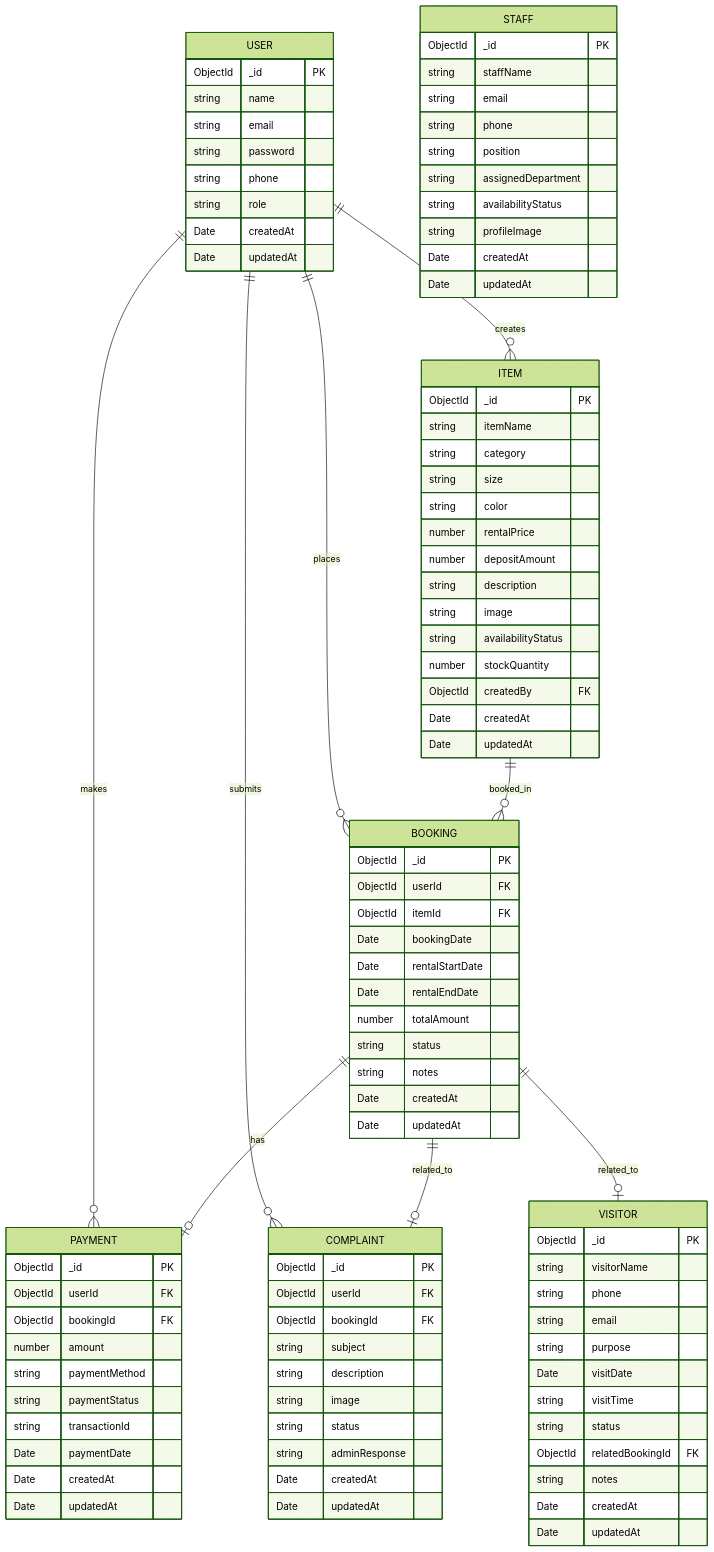
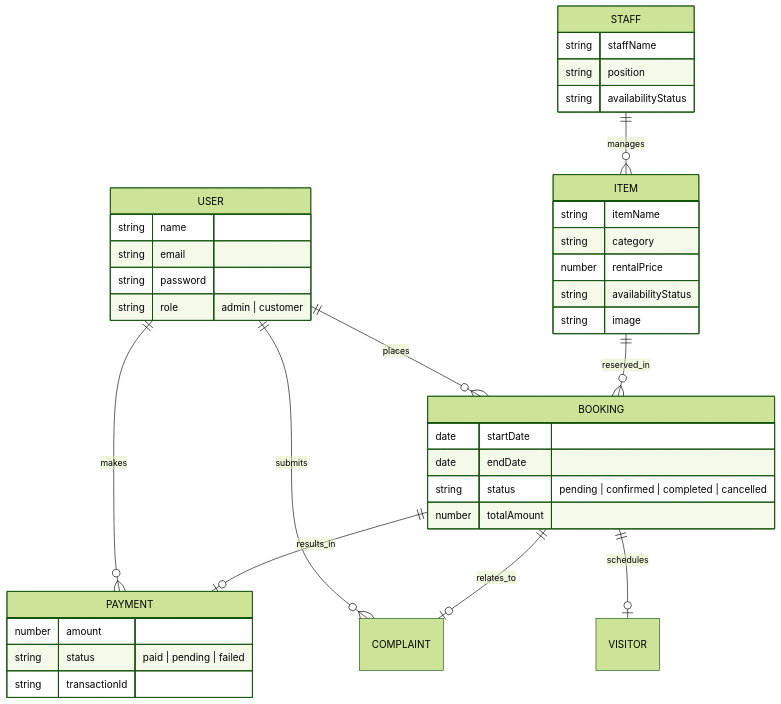
One commit to HirulaAbesignha/Favo-Mobile changed the second of 2 diagrams in DOCUMENTATION.md. Above: the diagram before and after it, drawn with Mermaid (forest theme). The commit also changed other lines of this file, not shown here.

Commit message:
docs: refactor and update system architecture and database schema documentation

````diff
--- a/DOCUMENTATION.md
+++ b/DOCUMENTATION.md
@@ -41,107 +70,41 @@
 ```mermaid
 erDiagram
-    USER ||--o{ ITEM : creates
     USER ||--o{ BOOKING : places
+    USER ||--o{ COMPLAINT : submits
     USER ||--o{ PAYMENT : makes
-    USER ||--o{ COMPLAINT : submits
-    ITEM ||--o{ BOOKING : booked_in
-    BOOKING ||--o| PAYMENT : has
-    BOOKING ||--o| COMPLAINT : related_to
-    BOOKING ||--o| VISITOR : related_to
+    ITEM ||--o{ BOOKING : reserved_in
+    BOOKING ||--o| PAYMENT : results_in
+    BOOKING ||--o| COMPLAINT : relates_to
+    BOOKING ||--o| VISITOR : schedules
+    STAFF ||--o{ ITEM : manages
 
     USER {
-        ObjectId _id PK
         string name
         string email
         string password
-        string phone
-        string role
-        Date createdAt
-        Date updatedAt
+        string role "admin | customer"
     }
-
     ITEM {
-        ObjectId _id PK
         string itemName
         string category
-        string size
-        string color
         number rentalPrice
-        number depositAmount
-        string description
+        string availabilityStatus
         string image
+    }
+    BOOKING {
+        date startDate
+        date endDate
+        string status "pending | confirmed | completed | cancelled"
+        number totalAmount
+    }
+    STAFF {
+        string staffName
+        string position
         string availabilityStatus
-        number stockQuantity
-        ObjectId createdBy FK
-        Date createdAt
-        Date updatedAt
     }
-
-    BOOKING {
-        ObjectId _id PK
-        ObjectId userId FK
-        ObjectId itemId FK
-        Date bookingDate
-        Date rentalStartDate
-        Date rentalEndDate
-        number totalAmount
-        string status
-        string notes
-        Date createdAt
-        Date updatedAt
-    }
-
-    STAFF {
-        ObjectId _id PK
-        string staffName
-        string email
-        string phone
-        string position
-        string assignedDepartment
-        string availabilityStatus
-        string profileImage
-        Date createdAt
-        Date updatedAt
-    }
-
     PAYMENT {
-        ObjectId _id PK
-        ObjectId userId FK
-        ObjectId bookingId FK
         number amount
-        string paymentMethod
-        string paymentStatus
+        string status "paid | pending | failed"
         string transactionId
-        Date paymentDate
-        Date createdAt
-        Date updatedAt
-    }
-
-    COMPLAINT {
-        ObjectId _id PK
-        ObjectId userId FK
-        ObjectId bookingId FK
-        string subject
-        string description
-        string image
-        string status
-        string adminResponse
-        Date createdAt
-        Date updatedAt
-    }
-
-    VISITOR {
-        ObjectId _id PK
-        string visitorName
-        string phone
-        string email
-        string purpose
-        Date visitDate
-        string visitTime
-        string status
-        ObjectId relatedBookingId FK
-        string notes
-        Date createdAt
-        Date updatedAt
     }
 ```
````
